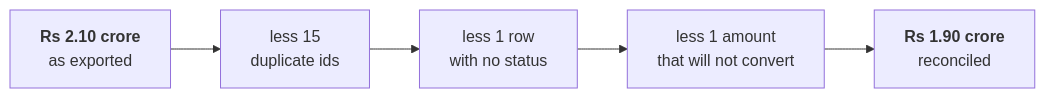
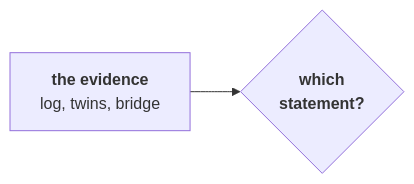
The fourth of 6 diagrams in content/W01/D3/slides/C2_W01_D03_half2_STUDENT.md (fde-academy-lab/c2-content-factory), drawn with Mermaid before and after one commit. The commit also changed other lines of this file and 3 other files, not shown here.

````diff
--- a/content/W01/D3/slides/C2_W01_D03_half2_STUDENT.md
+++ b/content/W01/D3/slides/C2_W01_D03_half2_STUDENT.md
@@ -110,7 +166,4 @@
 ```mermaid
 flowchart LR
-    A["<b>Rs 2.10 crore</b><br/>as exported"] --> B["less 15<br/>duplicate ids"]
-    B --> C["less 1 row<br/>with no status"]
-    C --> D["less 1 amount<br/>that will not convert"]
-    D --> E["<b>Rs 1.90 crore</b><br/>reconciled"]
+    E["<b>the evidence</b><br/>log, twins, bridge"] --> S{"<b>which<br/>statement?</b>"}
 ```
````
